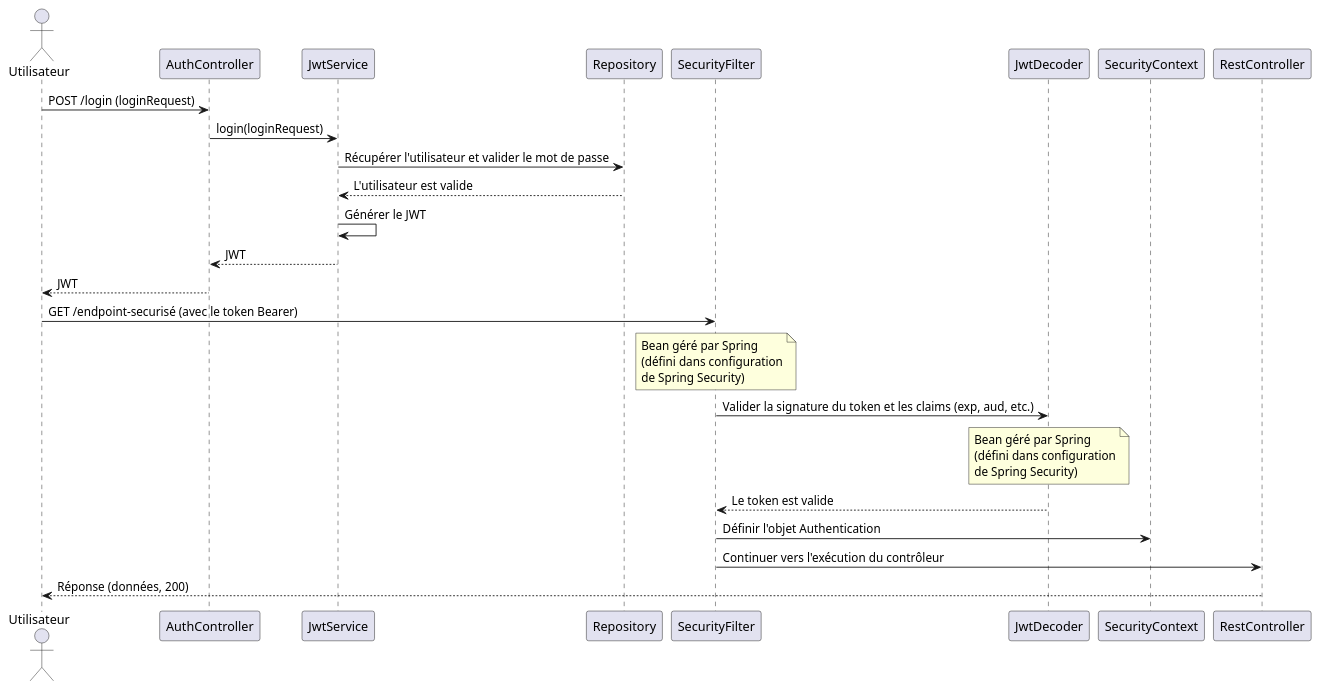
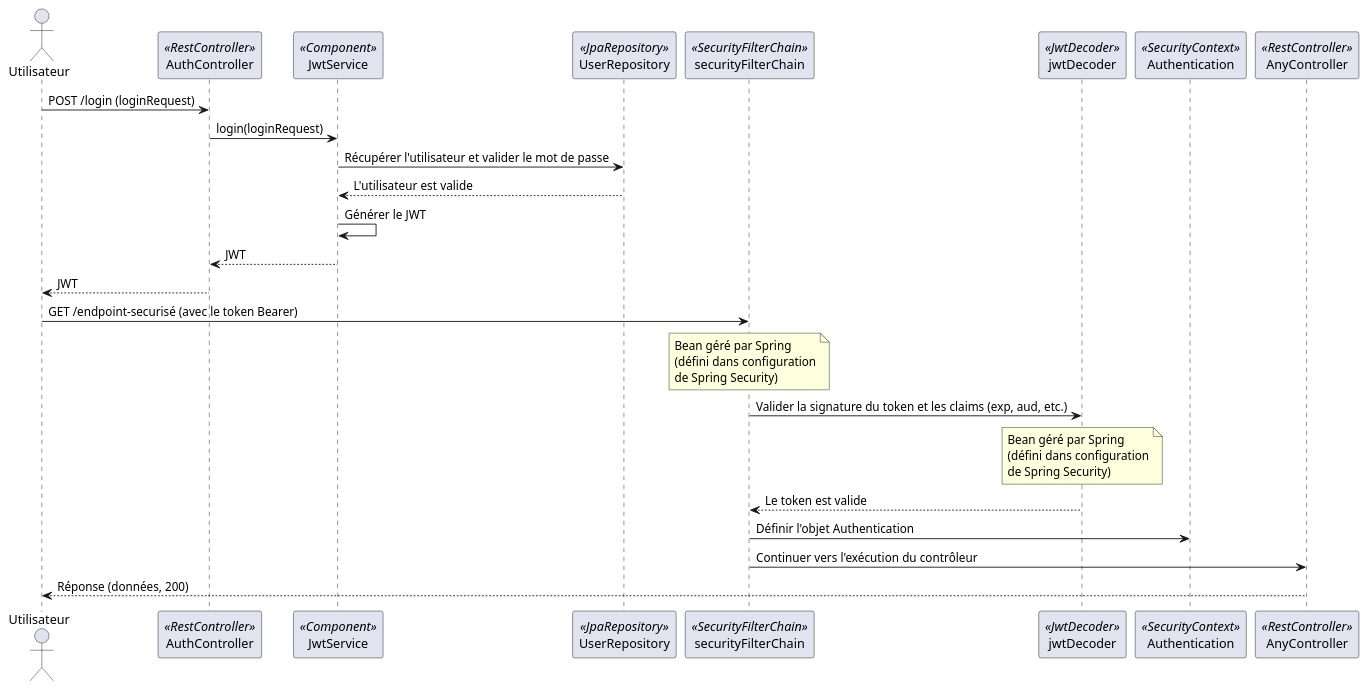
One commit to cpierres/P3-back-spring changed the diagram in assets/docs/diagrams/sequence_diagrams/securite_token_spring.puml. Above: the diagram before and after it, drawn with PlantUML. The commit also changed 1 other file, not shown here.

Commit message:
Amélioration diagrammes de séquences (interfaces)

```diff
--- a/assets/docs/diagrams/sequence_diagrams/securite_token_spring.puml
+++ b/assets/docs/diagrams/sequence_diagrams/securite_token_spring.puml
@@ -1,30 +1,38 @@
 @startuml
 actor Utilisateur
 
+participant AuthController <<RestController>>
+participant JwtService <<Component>>
+participant UserRepository <<JpaRepository>>
+participant securityFilterChain <<SecurityFilterChain>>
+participant jwtDecoder <<JwtDecoder>>
+participant Authentication <<SecurityContext>>
+participant AnyController <<RestController>>
+
 Utilisateur -> AuthController: POST /login (loginRequest)
 AuthController -> JwtService: login(loginRequest)
-JwtService -> Repository: Récupérer l'utilisateur et valider le mot de passe
-Repository --> JwtService: L'utilisateur est valide
+JwtService -> UserRepository: Récupérer l'utilisateur et valider le mot de passe
+UserRepository --> JwtService: L'utilisateur est valide
 JwtService -> JwtService: Générer le JWT
 JwtService --> AuthController: JWT
 AuthController --> Utilisateur: JWT
 
-Utilisateur -> SecurityFilter: GET /endpoint-securisé (avec le token Bearer)
-note over of SecurityFilter
+Utilisateur -> securityFilterChain: GET /endpoint-securisé (avec le token Bearer)
+note over of securityFilterChain
     Bean géré par Spring
     (défini dans configuration
     de Spring Security)
 end note
 
-SecurityFilter -> JwtDecoder: Valider la signature du token et les claims (exp, aud, etc.)
-note over of JwtDecoder
+securityFilterChain -> jwtDecoder: Valider la signature du token et les claims (exp, aud, etc.)
+note over of jwtDecoder
     Bean géré par Spring
     (défini dans configuration
     de Spring Security)
 end note
-JwtDecoder --> SecurityFilter: Le token est valide
-SecurityFilter -> SecurityContext: Définir l'objet Authentication
-SecurityFilter -> RestController: Continuer vers l'exécution du contrôleur
-RestController --> Utilisateur: Réponse (données, 200)
+jwtDecoder --> securityFilterChain: Le token est valide
+securityFilterChain -> Authentication: Définir l'objet Authentication
+securityFilterChain -> AnyController: Continuer vers l'exécution du contrôleur
+AnyController --> Utilisateur: Réponse (données, 200)
 
 @enduml
```
